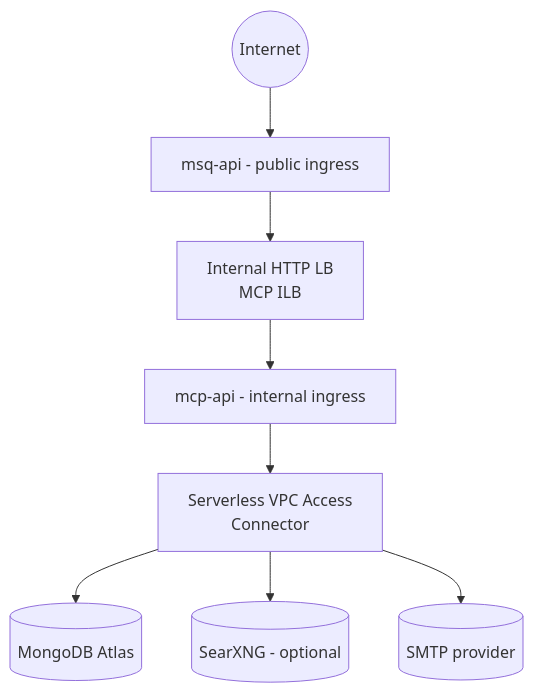
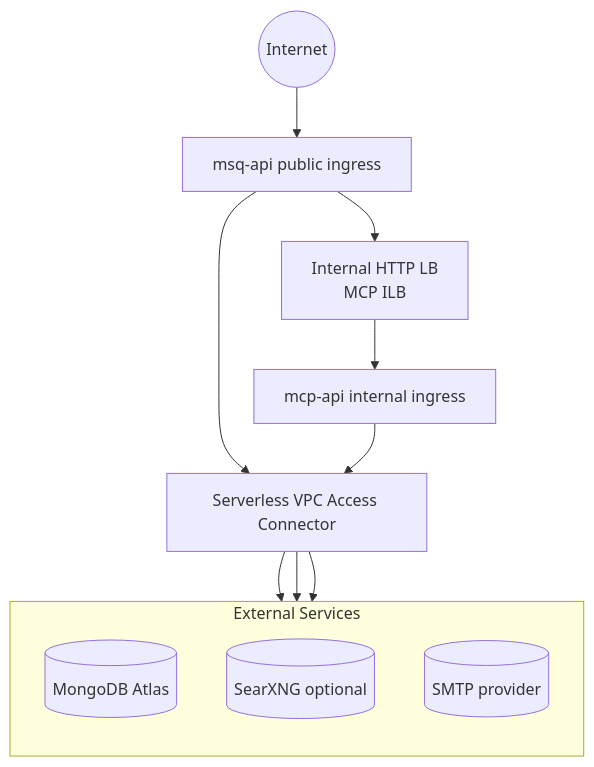
One commit to MissionSquad/missionsquad-docs changed the first of 8 diagrams in hosting/gcp/index.md. Above: the diagram before and after it, drawn with Mermaid. The commit also changed other lines of this file, not shown here.

````diff
--- a/hosting/gcp/index.md
+++ b/hosting/gcp/index.md
@@ -27,7 +27,17 @@
 ```mermaid
 flowchart TB
-  Internet((Internet)) --> MSQAPI[msq-api - public ingress] --> ILB[Internal HTTP LB<br/>MCP ILB] --> MCPAPI[mcp-api - internal ingress] --> VPCConn[Serverless VPC Access<br/>Connector]
-  VPCConn --> MongoExt[(MongoDB Atlas)]
-  VPCConn --> SearxExt[(SearXNG - optional)]
-  VPCConn --> SMTP[(SMTP provider)]
+  Internet((Internet)) --> MSQAPI[msq-api public ingress]
+  MSQAPI --> ILB[Internal HTTP LB<br/>MCP ILB]
+  ILB --> MCPAPI[mcp-api internal ingress]
+  MSQAPI --> VPCConn[Serverless VPC Access Connector]
+  MCPAPI --> VPCConn
+  subgraph External Services
+  direction TB
+    MongoExt[(MongoDB Atlas)]
+    SearxExt[(SearXNG optional)]
+    SMTP[(SMTP provider)]
+  end
+  VPCConn --> MongoExt
+  VPCConn --> SearxExt
+  VPCConn --> SMTP
 ```
````
